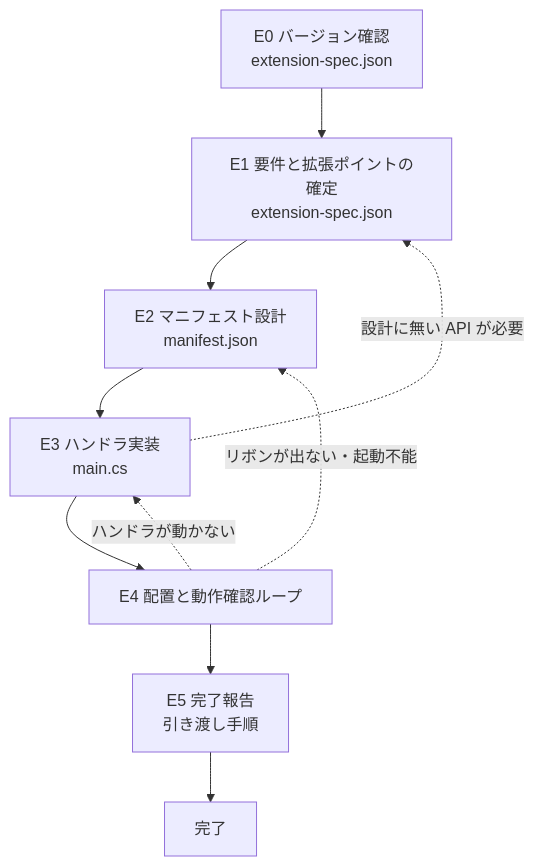
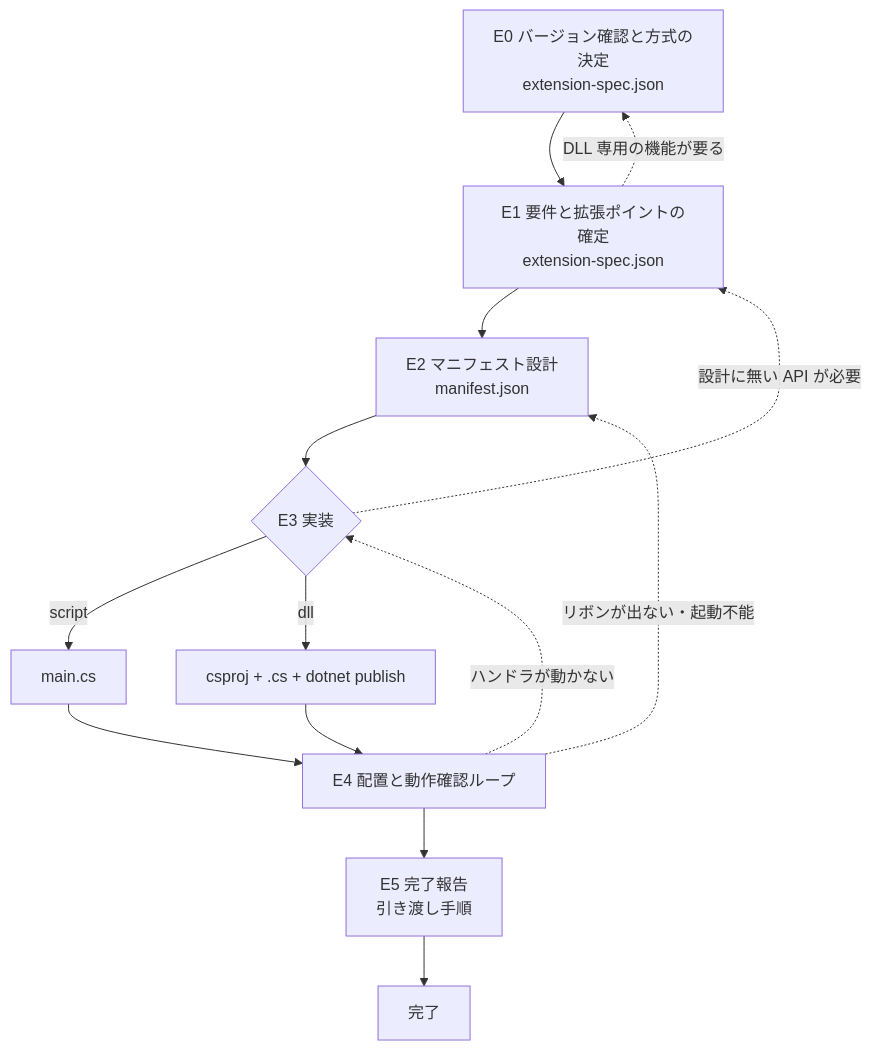
The diagram in skills/nextdesign-extension/SKILL.md (SuperPyonchiX/.agents), drawn with Mermaid before and after one commit. The commit also changed other lines of this file and 8 other files, not shown here.

First line of the commit message:
feat: nextdesign-extension でスクリプトと DLL の両方式を扱う

````diff
--- a/skills/nextdesign-extension/SKILL.md
+++ b/skills/nextdesign-extension/SKILL.md
@@ -18,12 +18,16 @@
 ```mermaid
 graph TD
-    E0["E0 バージョン確認<br/>extension-spec.json"] --> E1["E1 要件と拡張ポイントの確定<br/>extension-spec.json"]
+    E0["E0 バージョン確認と方式の決定<br/>extension-spec.json"] --> E1["E1 要件と拡張ポイントの確定<br/>extension-spec.json"]
     E1 --> E2["E2 マニフェスト設計<br/>manifest.json"]
-    E2 --> E3["E3 ハンドラ実装<br/>main.cs"]
-    E3 --> E4["E4 配置と動作確認ループ"]
+    E2 --> E3{"E3 実装"}
+    E3 -->|script| E3S["main.cs"]
+    E3 -->|dll| E3D["csproj + .cs + dotnet publish"]
+    E3S --> E4["E4 配置と動作確認ループ"]
+    E3D --> E4
     E4 --> E5["E5 完了報告<br/>引き渡し手順"]
     E5 --> DONE["完了"]
+    E1 -.DLL 専用の機能が要る.-> E0
     E3 -.設計に無い API が必要.-> E1
     E4 -.リボンが出ない・起動不能.-> E2
     E4 -.ハンドラが動かない.-> E3
 ```
````
